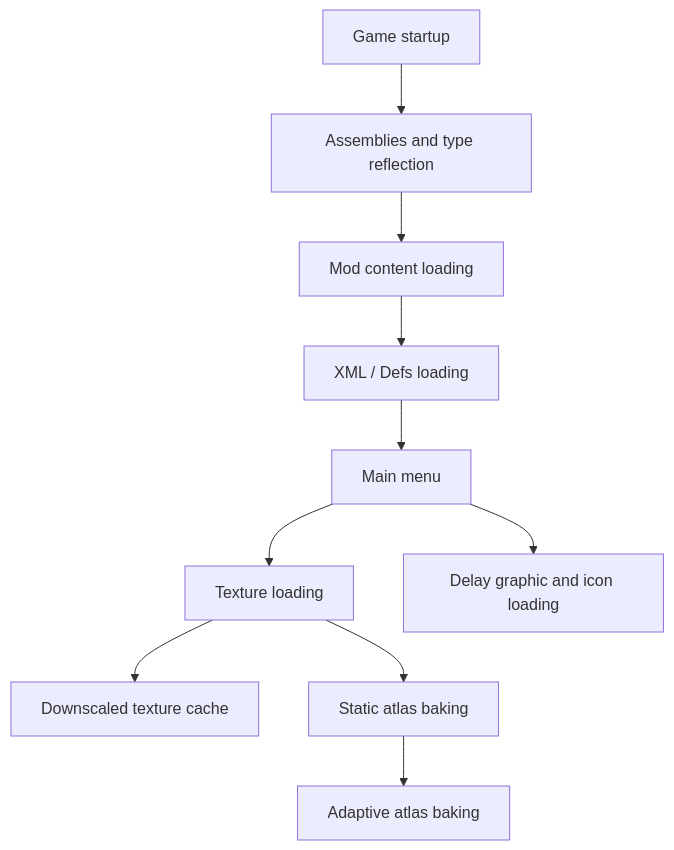
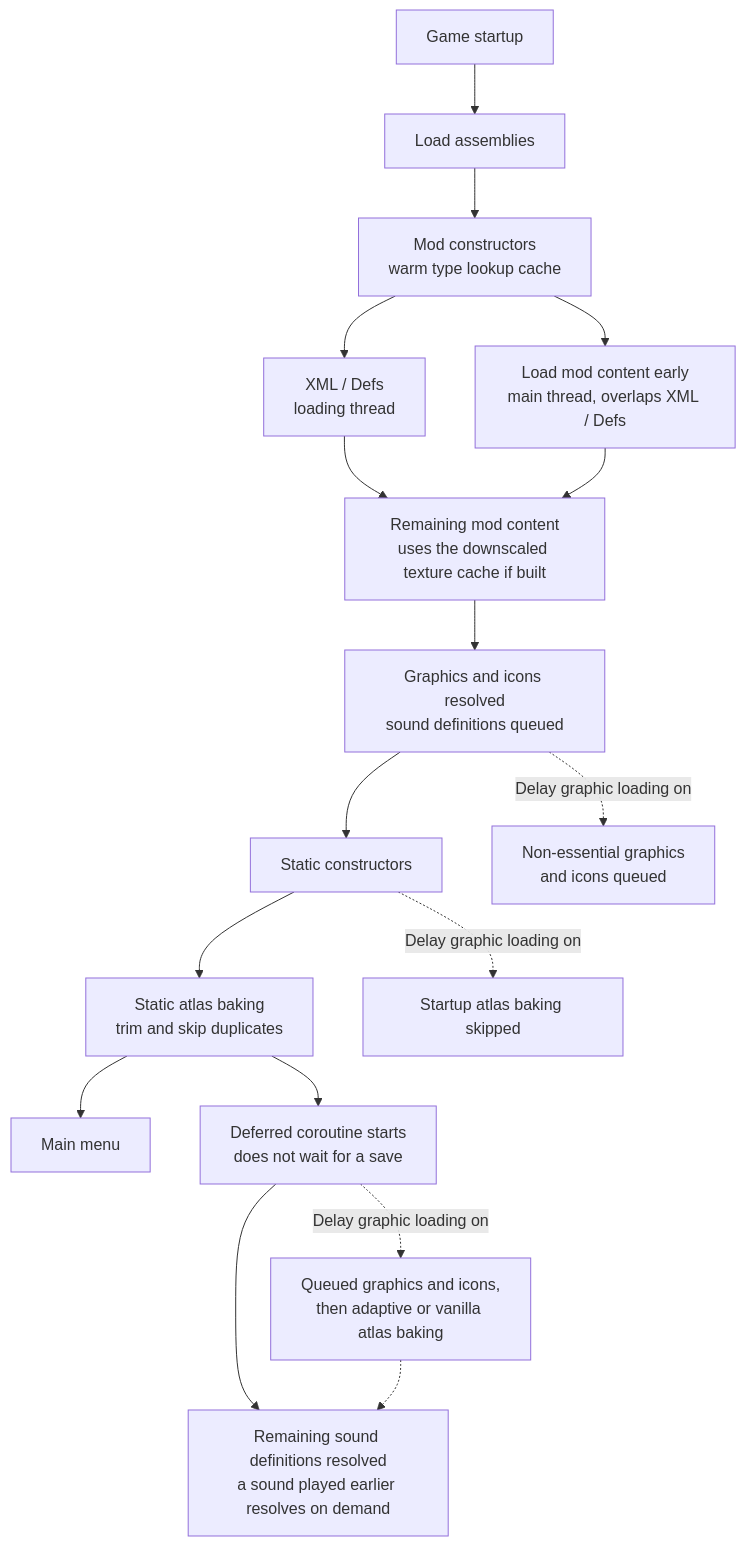
The diagram in README.md (mushroomTW/FasterGameLoading---Continued), drawn with Mermaid before and after one commit. The commit also changed other lines of this file and 18 other files, not shown here.

````diff
--- a/README.md
+++ b/README.md
@@ -23,12 +23,19 @@
 ```mermaid
 graph TD
-    A[Game startup] --> B[Assemblies and type reflection]
-    B --> C[Mod content loading]
-    C --> D[XML / Defs loading]
-    D --> G[Main menu]
-    G --> H[Texture loading]
-    H --> I[Downscaled texture cache]
-    H --> J[Static atlas baking]
-    J --> K[Adaptive atlas baking]
-    G --> L[Delay graphic and icon loading]
+    A[Game startup] --> B[Load assemblies]
+    B --> C[Mod constructors<br/>warm type lookup cache]
+    C --> D[XML / Defs<br/>loading thread]
+    C --> E[Load mod content early<br/>main thread, overlaps XML / Defs]
+    D --> F[Remaining mod content<br/>uses the downscaled texture cache if built]
+    E --> F
+    F --> G[Graphics and icons resolved<br/>sound definitions queued]
+    G --> H[Static constructors]
+    H --> I[Static atlas baking<br/>trim and skip duplicates]
+    I --> J[Main menu]
+    I --> K[Deferred coroutine starts<br/>does not wait for a save]
+    K --> L[Remaining sound definitions resolved<br/>a sound played earlier resolves on demand]
+    G -. Delay graphic loading on .-> M[Non-essential graphics<br/>and icons queued]
+    H -. Delay graphic loading on .-> N[Startup atlas baking skipped]
+    K -. Delay graphic loading on .-> O[Queued graphics and icons,<br/>then adaptive or vanilla atlas baking]
+    O -.-> L
 ```
````
